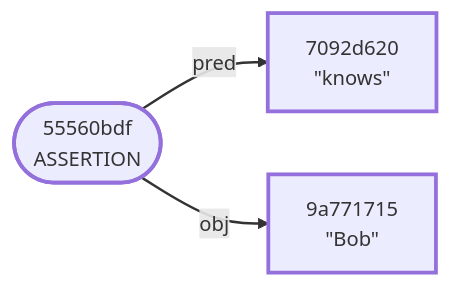
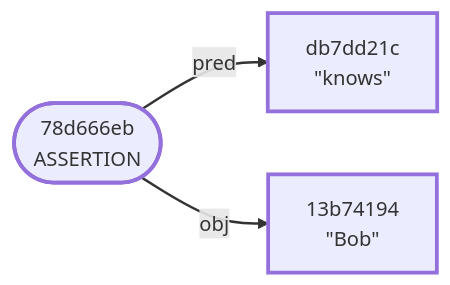
One commit to BlockchainCommons/WIPs-IETF-draft-envelope changed the diagram in images/mermaid/assertion_case.mermaid. Above: the diagram before and after it, drawn with Mermaid. The commit also changed 26 other files, not shown here.

```diff
--- a/images/mermaid/assertion_case.mermaid
+++ b/images/mermaid/assertion_case.mermaid
@@ -1,11 +1,11 @@
 graph LR
-    1(["55560bdf<br/>ASSERTION"])
-    2["7092d620<br/>#quot;knows#quot;"]
-    3["9a771715<br/>#quot;Bob#quot;"]
+    1(["78d666eb<br/>ASSERTION"])
+    2["db7dd21c<br/>#quot;knows#quot;"]
+    3["13b74194<br/>#quot;Bob#quot;"]
     1 -->|pred| 2
     1 -->|obj| 3
     style 1 stroke-width:3.0px
     style 2 stroke-width:3.0px
     style 3 stroke-width:3.0px
     linkStyle 0 stroke-width:2.0px
     linkStyle 1 stroke-width:2.0px
```
